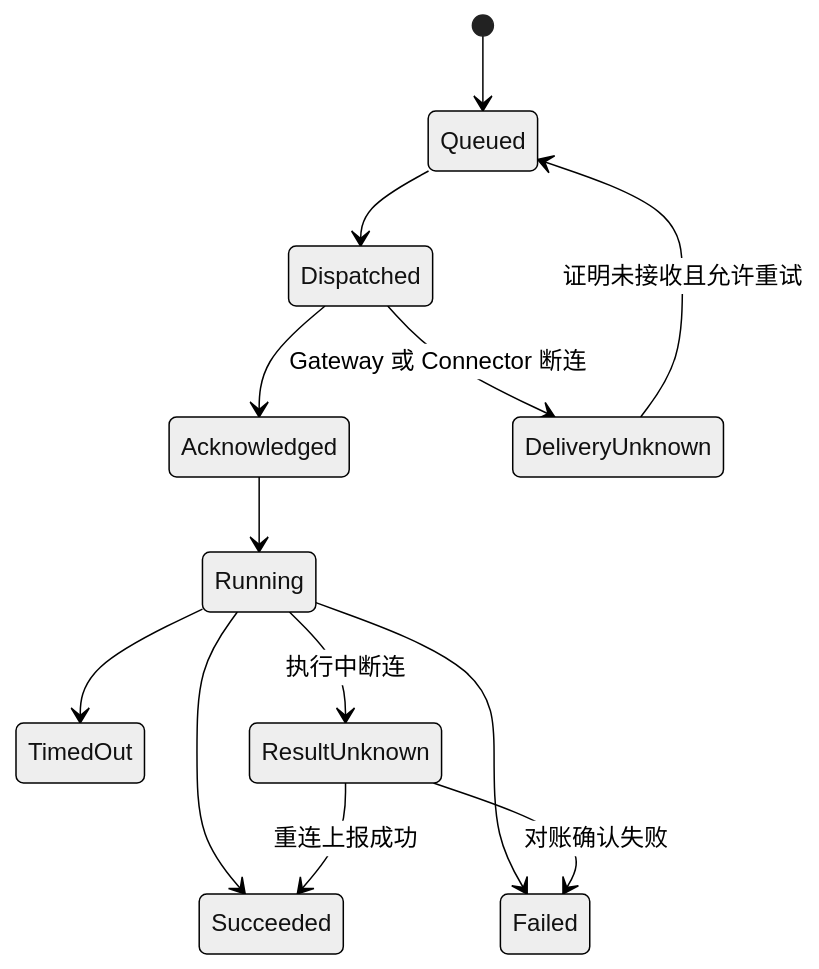
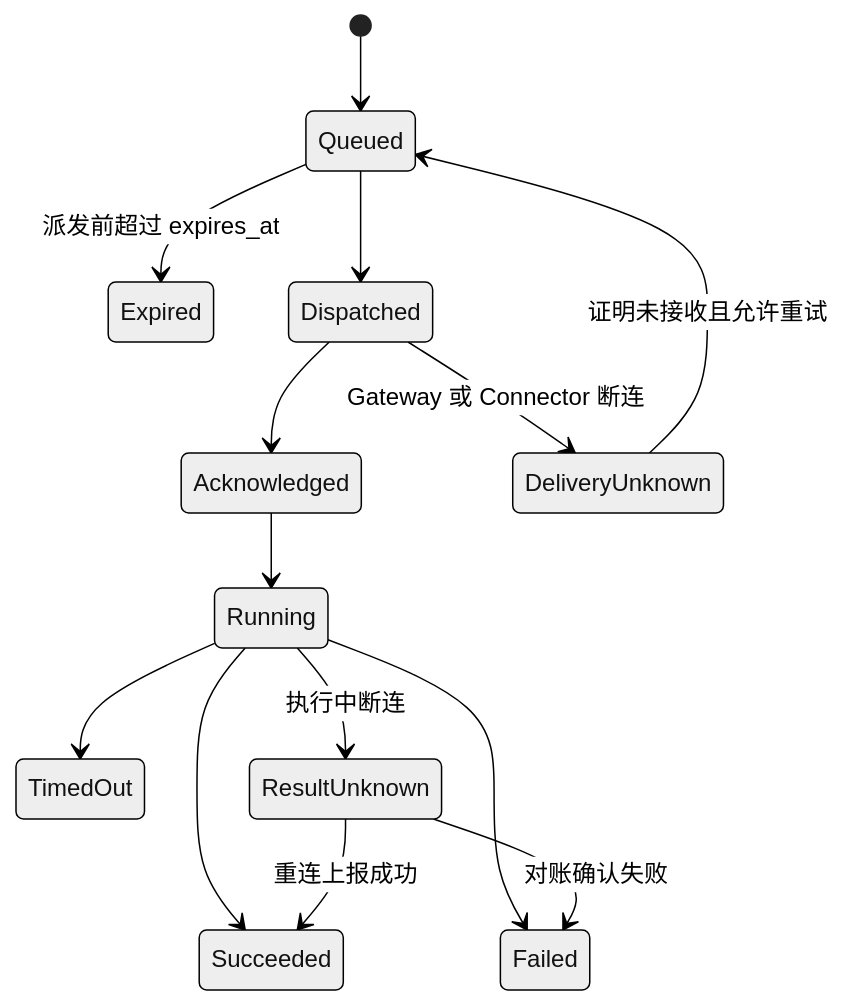
Before and after one commit to kakj-go/Argus: the fourth of 4 diagrams in docs/03-connectors-and-resources.md, drawn with Mermaid (neutral theme). The commit also changed other lines of this file and 219 other files, not shown here.

````diff
--- a/docs/03-connectors-and-resources.md
+++ b/docs/03-connectors-and-resources.md
@@ -241,15 +249,16 @@
 ```mermaid
 stateDiagram-v2
     [*] --> Queued
+    Queued --> Expired: 派发前超过 expires_at
     Queued --> Dispatched
     Dispatched --> Acknowledged
     Acknowledged --> Running
     Running --> Succeeded
     Running --> Failed
     Running --> TimedOut
     Dispatched --> DeliveryUnknown: Gateway 或 Connector 断连
     Running --> ResultUnknown: 执行中断连
     DeliveryUnknown --> Queued: 证明未接收且允许重试
     ResultUnknown --> Succeeded: 重连上报成功
     ResultUnknown --> Failed: 对账确认失败
 ```
````
